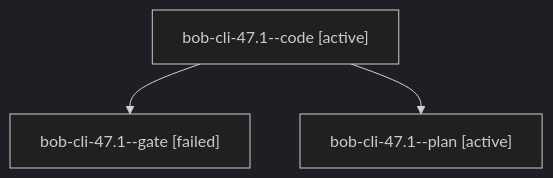
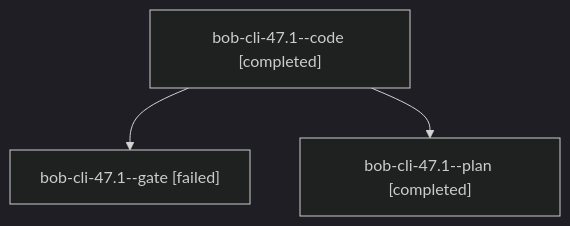
Before and after one commit to bobs-org/bob-cli--agents: the diagram in sessions/bbugyi200.apollo.bob-cli-47.1.md, drawn with Mermaid (dark theme). The commit also changed other lines of this file and 268 other files, not shown here.

````diff
--- a/sessions/bbugyi200.apollo.bob-cli-47.1.md
+++ b/sessions/bbugyi200.apollo.bob-cli-47.1.md
@@ -9,8 +9,8 @@
 ```mermaid
 flowchart TD
-  n0["bob-cli-47.1--code [active]"]
+  n0["bob-cli-47.1--code [completed]"]
   n1["bob-cli-47.1--gate [failed]"]
   n0 --> n1
-  n2["bob-cli-47.1--plan [active]"]
+  n2["bob-cli-47.1--plan [completed]"]
   n0 --> n2
 ```
````
